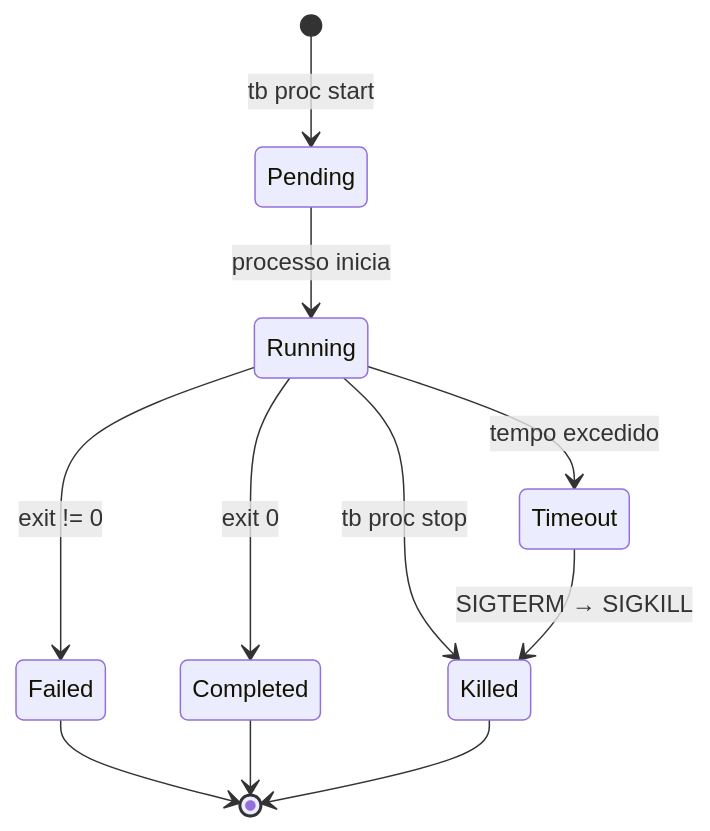
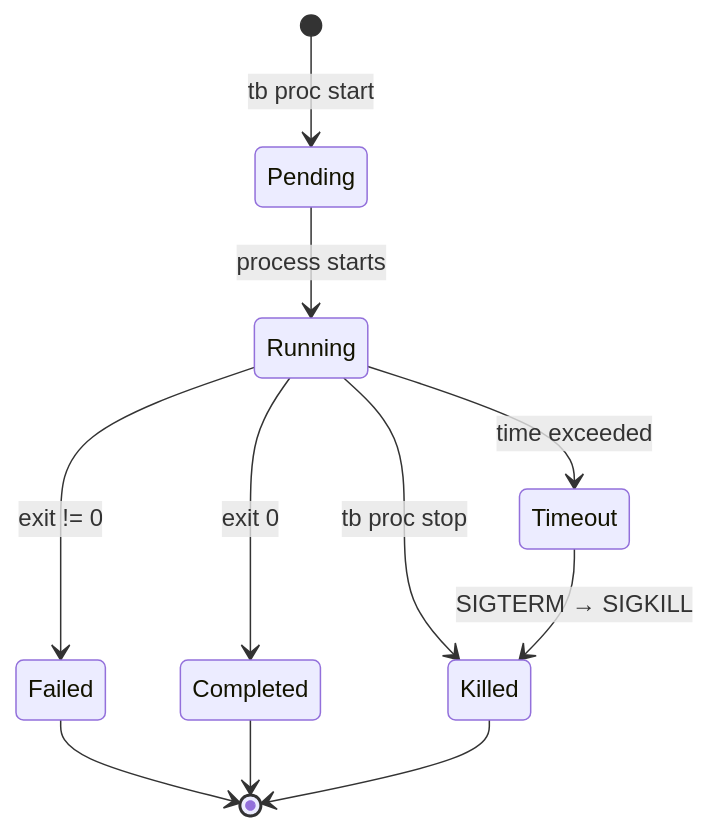
One commit to leonardo-moraes360/toolbelt changed the seventh of 17 diagrams in docs/arquitetura.md. Above: the diagram before and after it, drawn with Mermaid. The commit also changed other lines of this file and 9 other files, not shown here.

````diff
--- a/docs/arquitetura.md
+++ b/docs/arquitetura.md
@@ -473,13 +473,13 @@
 ```mermaid
 stateDiagram-v2
     [*] --> Pending: tb proc start
-    Pending --> Running: processo inicia
+    Pending --> Running: process starts
     Running --> Completed: exit 0
     Running --> Failed: exit != 0
-    Running --> Timeout: tempo excedido
+    Running --> Timeout: time exceeded
     Running --> Killed: tb proc stop
     Timeout --> Killed: SIGTERM → SIGKILL
     Failed --> [*]
     Completed --> [*]
     Killed --> [*]
 ```
````
